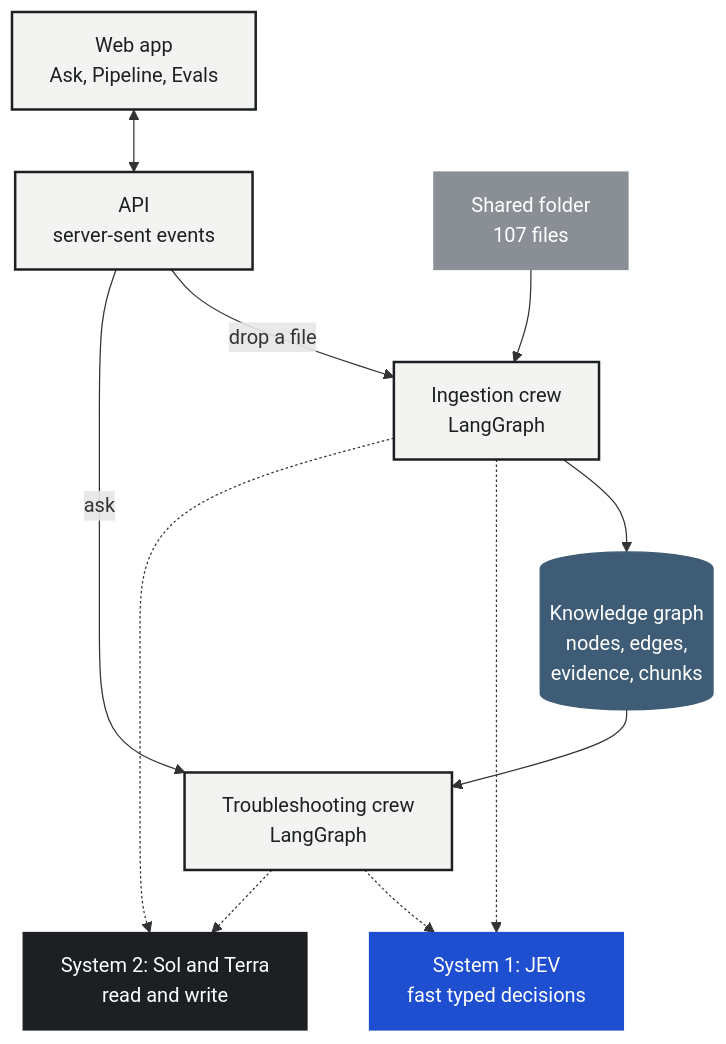
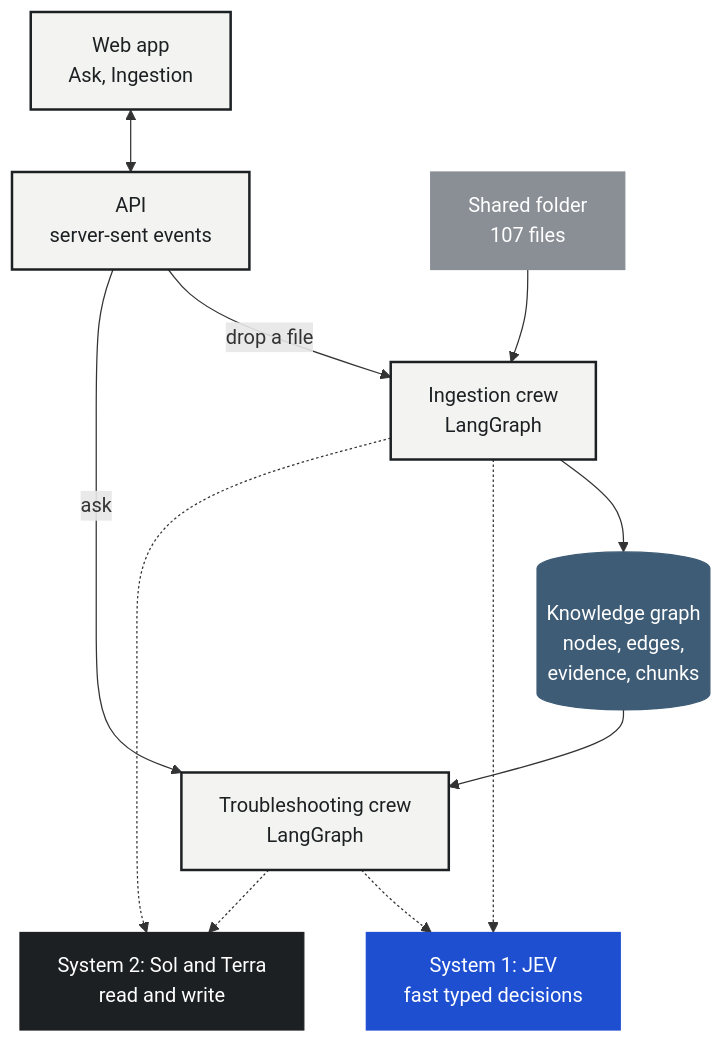
One commit to NotTanJune/fixpath changed the diagram in docs/diagrams/system-overview.mmd. Above: the diagram before and after it, drawn with Mermaid. The commit also changed 2 other files, not shown here.

Commit message:
Fix a README sentence break and the tab names in the system diagram

```diff
--- a/docs/diagrams/system-overview.mmd
+++ b/docs/diagrams/system-overview.mmd
@@ -1,24 +1,24 @@
 flowchart TB
-  UI["Web app<br/>Ask, Pipeline, Evals"] <--> API["API<br/>server-sent events"]
+  UI["Web app<br/>Ask, Ingestion"] <--> API["API<br/>server-sent events"]
   FOLDER["Shared folder<br/>107 files"] --> ING["Ingestion crew<br/>LangGraph"]
   API -->|"drop a file"| ING
   ING --> KG[("Knowledge graph<br/>nodes, edges,<br/>evidence, chunks")]
   API -->|"ask"| ASK["Troubleshooting crew<br/>LangGraph"]
   KG --> ASK
   S1["System 1: JEV<br/>fast typed decisions"]
   S2["System 2: Sol and Terra<br/>read and write"]
   ING -.-> S1
   ASK -.-> S1
   ING -.-> S2
   ASK -.-> S2
 
   classDef code fill:#f3f4f1,stroke:#1d2023,stroke-width:2px,color:#1d2023
   classDef src fill:#8a8f96,stroke:#8a8f96,color:#ffffff
   classDef jev fill:#1f4fd1,stroke:#1f4fd1,color:#ffffff
   classDef llm fill:#1d2023,stroke:#1d2023,color:#ffffff
   classDef store fill:#3e5c76,stroke:#3e5c76,color:#ffffff
   class FOLDER src
   class ING,ASK,API,UI code
   class KG store
   class S1 jev
   class S2 llm
```
